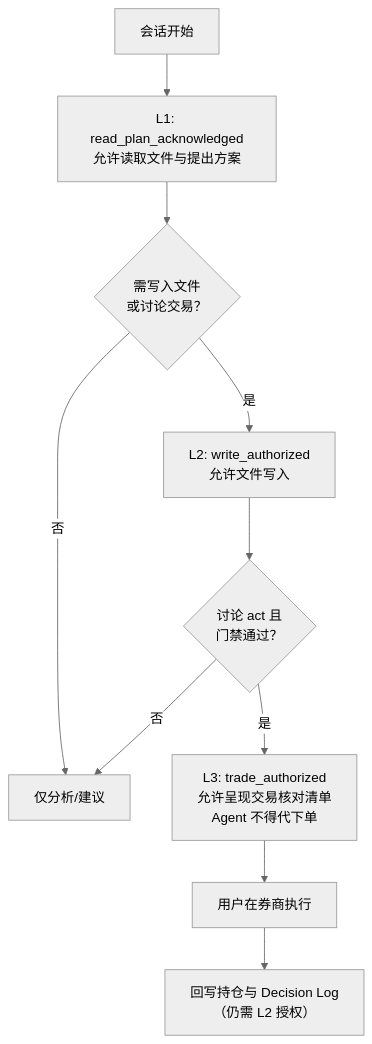
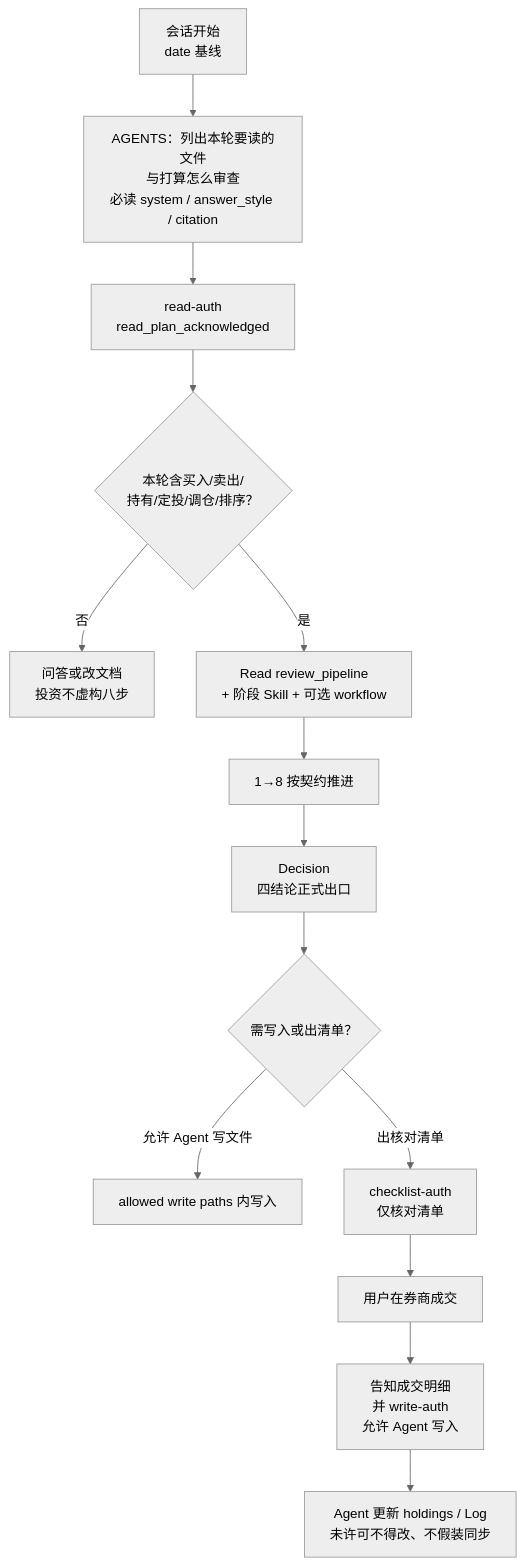
One commit to Meta11ic0/PIOS changed the second of 4 diagrams in ARCHITECTURE.md. Above: the diagram before and after it, drawn with Mermaid (neutral theme). The commit also changed other lines of this file and 51 other files, not shown here.

Commit message:
update2, mainly on architecture

````diff
--- a/ARCHITECTURE.md
+++ b/ARCHITECTURE.md
@@ -154,12 +229,16 @@
 ```mermaid
 flowchart TD
-  Start[会话开始] --> L1["L1: read_plan_acknowledged<br/>允许读取文件与提出方案"]
-  L1 --> L2{"需写入文件<br/>或讨论交易？"}
-  L2 -->|否| Done[仅分析/建议]
-  L2 -->|是| L2A["L2: write_authorized<br/>允许文件写入"]
-  L2A --> L3{"讨论 act 且<br/>门禁通过？"}
-  L3 -->|否| Done
-  L3 -->|是| L3A["L3: trade_authorized<br/>允许呈现交易核对清单<br/>Agent 不得代下单"]
-  L3A --> UserExec["用户在券商执行"]
-  UserExec --> Writeback["回写持仓与 Decision Log<br/>（仍需 L2 授权）"]
+  S["会话开始<br/>date 基线"] --> Load["AGENTS：列出本轮要读的文件<br/>与打算怎么审查<br/>必读 system / answer_style / citation"]
+  Load --> A1["read-auth<br/>read_plan_acknowledged"]
+  A1 --> Need{"本轮含买入/卖出/<br/>持有/定投/调仓/排序？"}
+  Need -->|否| Other["问答或改文档<br/>投资不虚构八步"]
+  Need -->|是| RP["Read review_pipeline<br/>+ 阶段 Skill + 可选 workflow"]
+  RP --> Eight["1→8 按契约推进"]
+  Eight --> Dec["Decision<br/>四结论正式出口"]
+  Dec --> Auth{"需写入或出清单？"}
+  Auth -->|允许 Agent 写文件| Write["allowed write paths 内写入"]
+  Auth -->|出核对清单| List["checklist-auth<br/>仅核对清单"]
+  List --> User["用户在券商成交"]
+  User --> Tell["告知成交明细<br/>并 write-auth<br/>允许 Agent 写入"]
+  Tell --> Back["Agent 更新 holdings / Log<br/>未许可不得改、不假装同步"]
 ```
````
